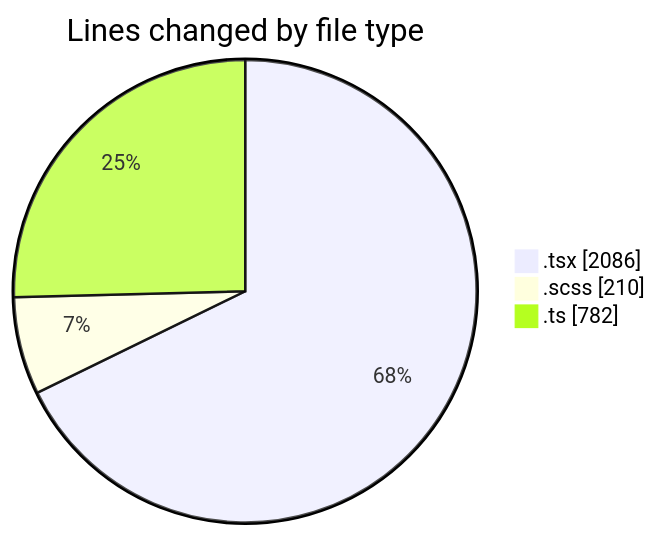
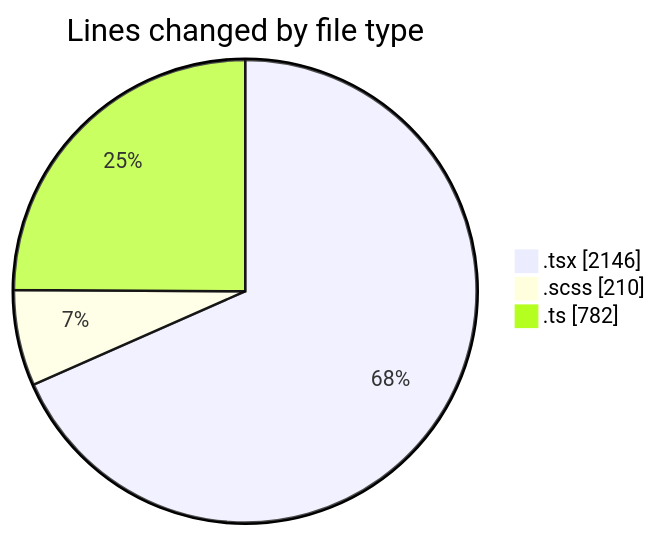
Before and after one commit to momahboobian/code-tracking: the first of 2 diagrams in 2026-05-11/cda/README.md, drawn with Mermaid. The commit also changed other lines of this file and 1 other file, not shown here.

````diff
--- a/2026-05-11/cda/README.md
+++ b/2026-05-11/cda/README.md
@@ -39,7 +40,7 @@
 ```mermaid
 pie showData
 title Lines changed by file type
-".tsx" : 2086
+".tsx" : 2146
 ".scss" : 210
 ".ts" : 782
 ```
````
